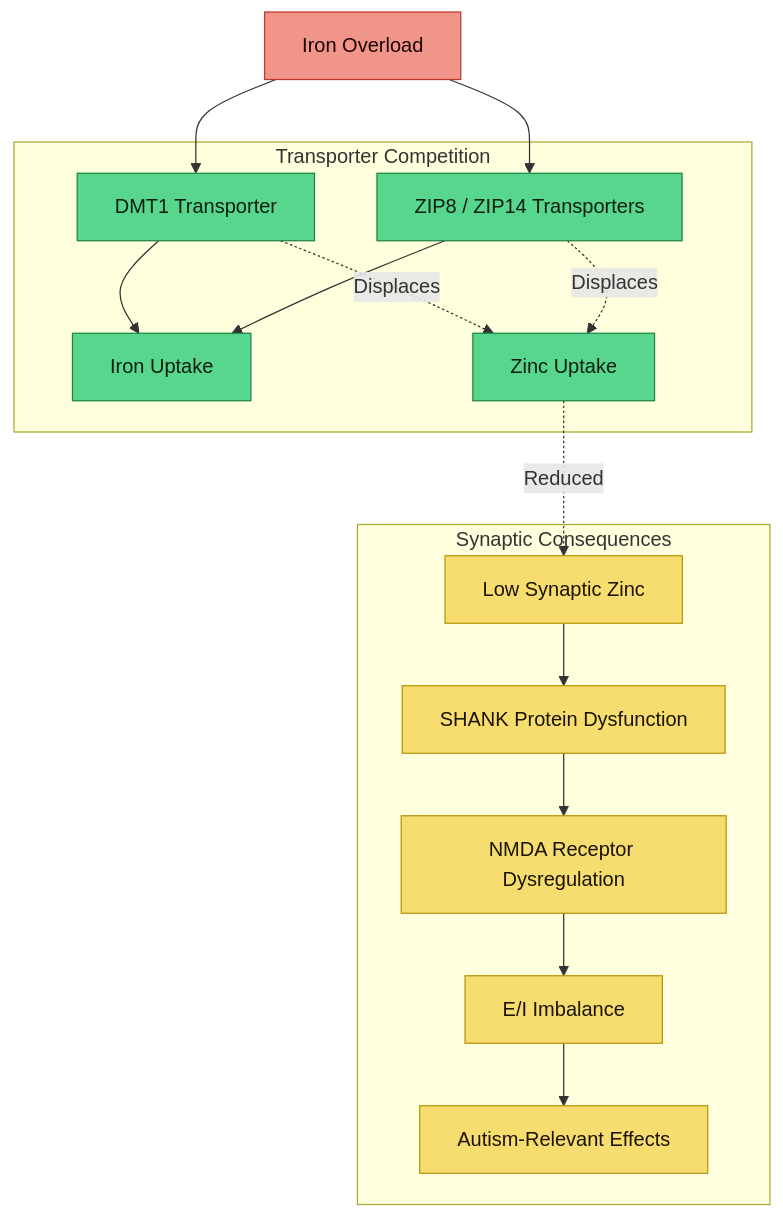
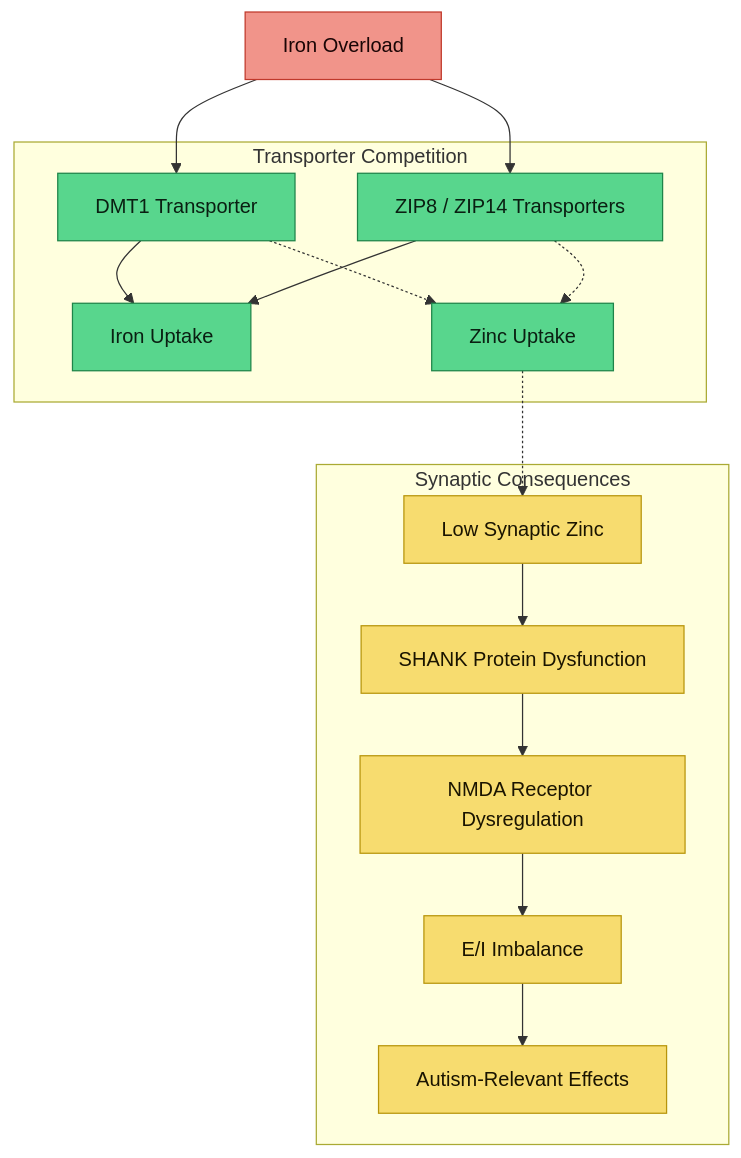
The diagram in src/site/notes/research/Zinc-Iron Brain Competition.md (Aegis-commits/ag-hfe-adhd-asd-research), drawn with Mermaid before and after one commit. The commit also changed 14 other files, not shown here.

````diff
--- a/src/site/notes/research/Zinc-Iron Brain Competition.md
+++ b/src/site/notes/research/Zinc-Iron Brain Competition.md
@@ -11,37 +11,37 @@
 ```mermaid
 flowchart TD
     subgraph Transport["Transporter Competition"]
         DMT1["DMT1 Transporter"]
         ZIP["ZIP8 / ZIP14 Transporters"]
         FE_IN["Iron Uptake"]
         ZN_IN["Zinc Uptake"]
     end
 
     FE_OVER["Iron Overload"]
 
     subgraph Synaptic["Synaptic Consequences"]
         LOW_ZN["Low Synaptic Zinc"]
         SHANK["SHANK Protein Dysfunction"]
         NMDA["NMDA Receptor Dysregulation"]
         EI["E/I Imbalance"]
         ASD["Autism-Relevant Effects"]
     end
 
     FE_OVER --> DMT1
     FE_OVER --> ZIP
     DMT1 --> FE_IN
-    DMT1 -.->|"Displaces"| ZN_IN
+    DMT1 -.-> ZN_IN
     ZIP --> FE_IN
-    ZIP -.->|"Displaces"| ZN_IN
+    ZIP -.-> ZN_IN
 
-    ZN_IN -.->|"Reduced"| LOW_ZN
+    ZN_IN -.-> LOW_ZN
     LOW_ZN --> SHANK --> NMDA --> EI --> ASD
 
     classDef overload fill:#f1948a,stroke:#c0392b,color:#1a0505
     classDef transport fill:#58d68d,stroke:#1e8449,color:#0a1f12
     classDef consequence fill:#f7dc6f,stroke:#b7950b,color:#1a1400
 
     class FE_OVER overload
     class DMT1,ZIP,FE_IN,ZN_IN transport
     class LOW_ZN,SHANK,NMDA,EI,ASD consequence
 ```
````
